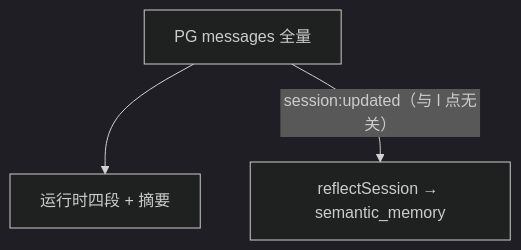
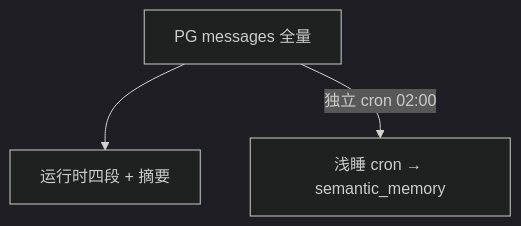
The tenth of 10 diagrams in docs/compression.md (freeanima-org/freeanima), drawn with Mermaid (dark theme) before and after one commit. The commit also changed other lines of this file and 44 other files, not shown here.

````diff
--- a/docs/compression.md
+++ b/docs/compression.md
@@ -386,8 +386,8 @@
 ```mermaid
 flowchart TB
   PG["PG messages 全量"]
   RT["运行时四段 + 摘要"]
-  Reflect["reflectSession → semantic_memory"]
+  Sleep["浅睡 cron → semantic_memory"]
   PG --> RT
-  PG -->|"session:updated（与 l 点无关）"| Reflect
+  PG -->|"独立 cron 02:00"| Sleep
 ```
````
